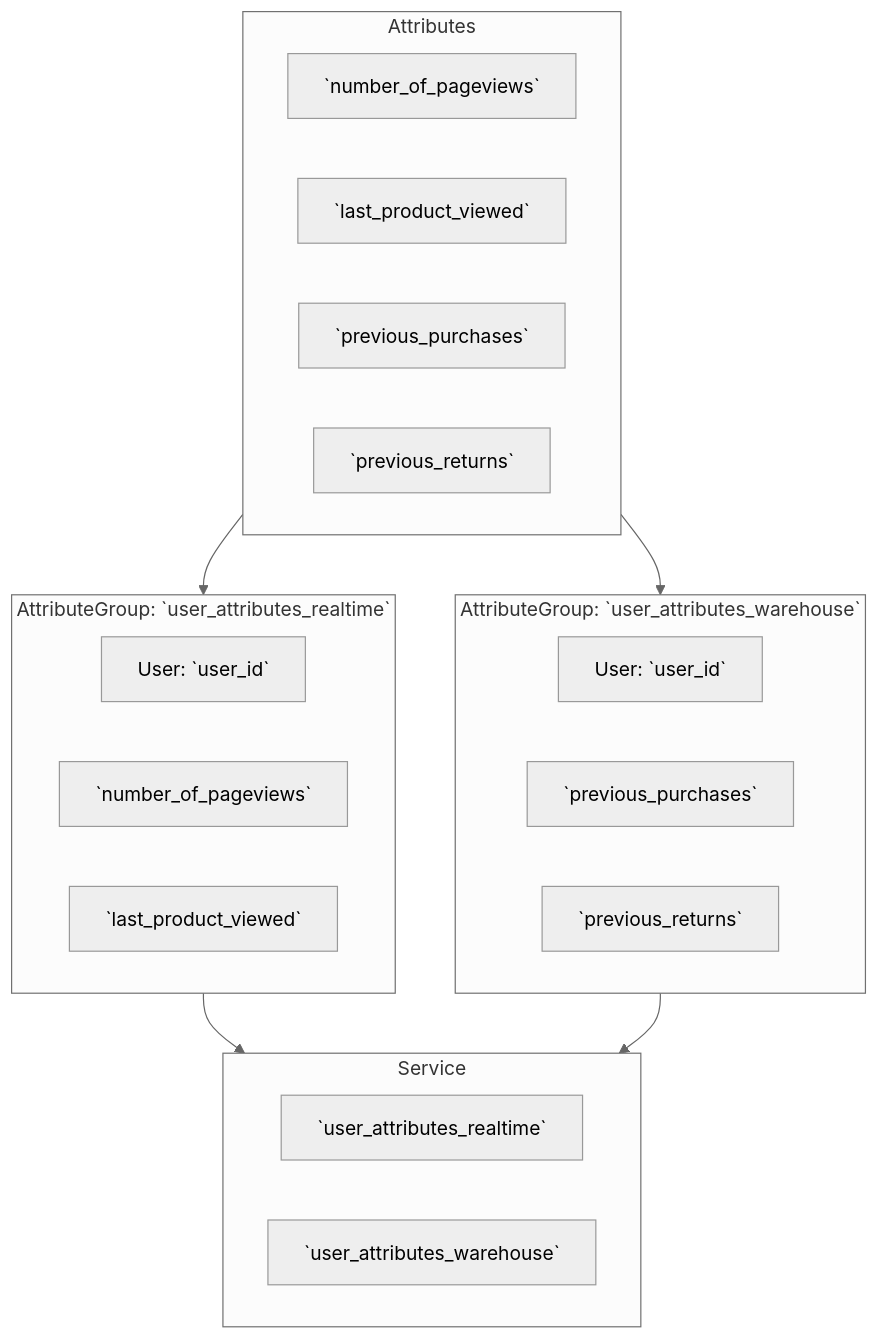
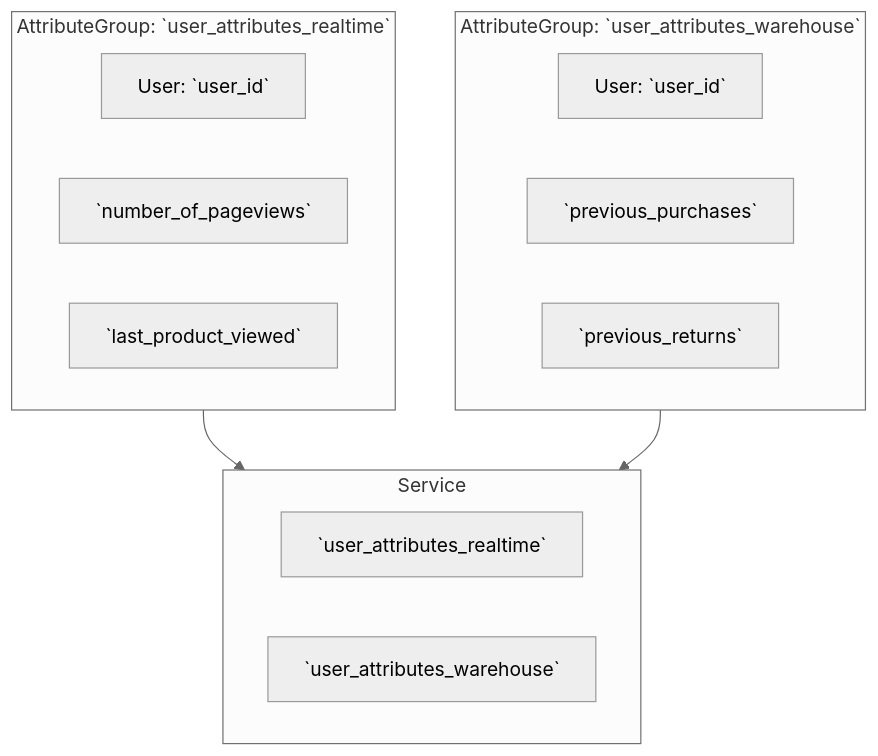
Before and after one commit to snowplow/documentation: the second of 3 diagrams in docs/signals/concepts/index.md, drawn with Mermaid (neutral theme). The commit also changed other lines of this file and 1 other file, not shown here.

Commit message:
Reformat to prioritise attribute groups

````diff
--- a/docs/signals/concepts/index.md
+++ b/docs/signals/concepts/index.md
@@ -204,32 +124,22 @@
 ```mermaid
 flowchart TD
-    subgraph Attributes[Attributes]
-        SAG1[`number_of_pageviews`]
-        SAG2[`last_product_viewed`]
-        BAG1[`previous_purchases`]
-        BAG2[`previous_returns`]
-    end
-
-    Attributes --> StreamAttributeGroup
-    Attributes --> BatchAttributeGroup
-
     subgraph StreamAttributeGroup[AttributeGroup: `user_attributes_realtime`]
         SV_User[User: `user_id`]
         SV_SAG1[`number_of_pageviews`]
         SV_SAG2[`last_product_viewed`]
     end
 
     subgraph BatchAttributeGroup[AttributeGroup: `user_attributes_warehouse`]
         BV_User[User: `user_id`]
         BV_BAG1[`previous_purchases`]
         BV_BAG2[`previous_returns`]
     end
 
     StreamAttributeGroup --> Service
     BatchAttributeGroup --> Service
 
     subgraph Service[Service]
         S_StreamAttributeGroup[`user_attributes_realtime`]
         S_BatchAttributeGroup[`user_attributes_warehouse`]
     end
 ```
````
